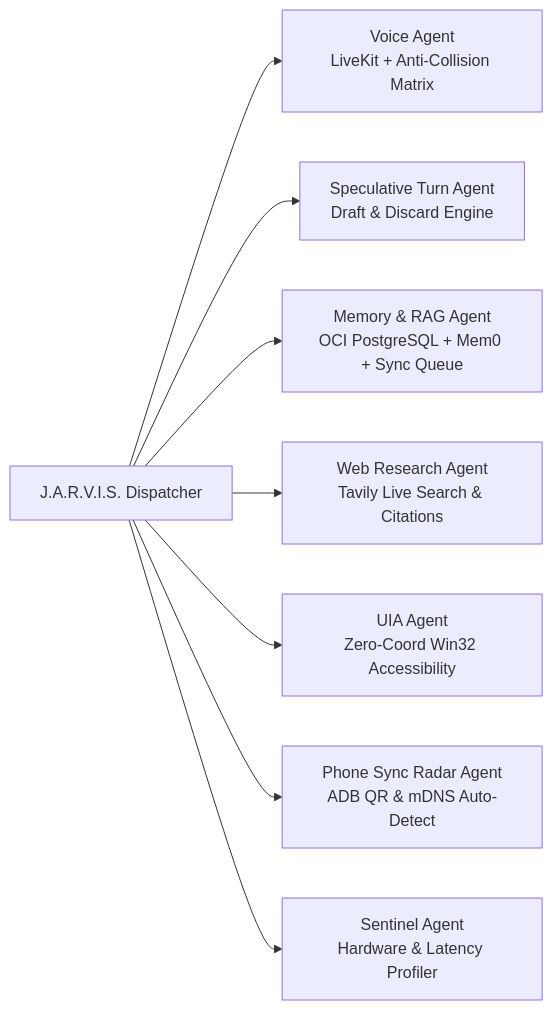
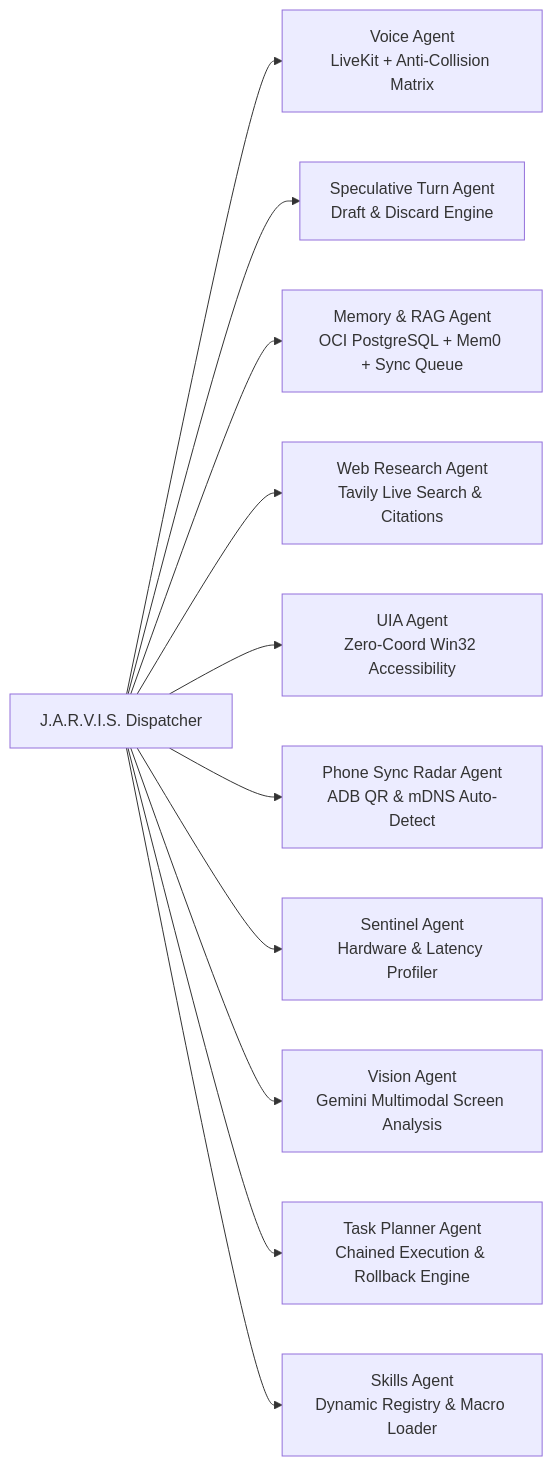
Before and after one commit to skullhacker007/Jarvis: the second of 2 diagrams in AGENTS.md, drawn with Mermaid. The commit also changed other lines of this file and 14 other files, not shown here.

````diff
--- a/AGENTS.md
+++ b/AGENTS.md
@@ -65,10 +65,13 @@
 ```mermaid
 flowchart LR
     Dispatcher[J.A.R.V.I.S. Dispatcher] --> Agent1[Voice Agent\nLiveKit + Anti-Collision Matrix]
     Dispatcher --> Agent2[Speculative Turn Agent\nDraft & Discard Engine]
     Dispatcher --> Agent3[Memory & RAG Agent\nOCI PostgreSQL + Mem0 + Sync Queue]
     Dispatcher --> Agent4[Web Research Agent\nTavily Live Search & Citations]
     Dispatcher --> Agent5[UIA Agent\nZero-Coord Win32 Accessibility]
     Dispatcher --> Agent6[Phone Sync Radar Agent\nADB QR & mDNS Auto-Detect]
     Dispatcher --> Agent7[Sentinel Agent\nHardware & Latency Profiler]
+    Dispatcher --> Agent8[Vision Agent\nGemini Multimodal Screen Analysis]
+    Dispatcher --> Agent9[Task Planner Agent\nChained Execution & Rollback Engine]
+    Dispatcher --> Agent10[Skills Agent\nDynamic Registry & Macro Loader]
 ```
````
